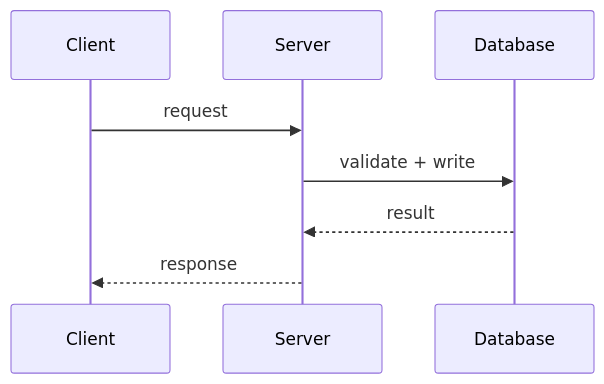
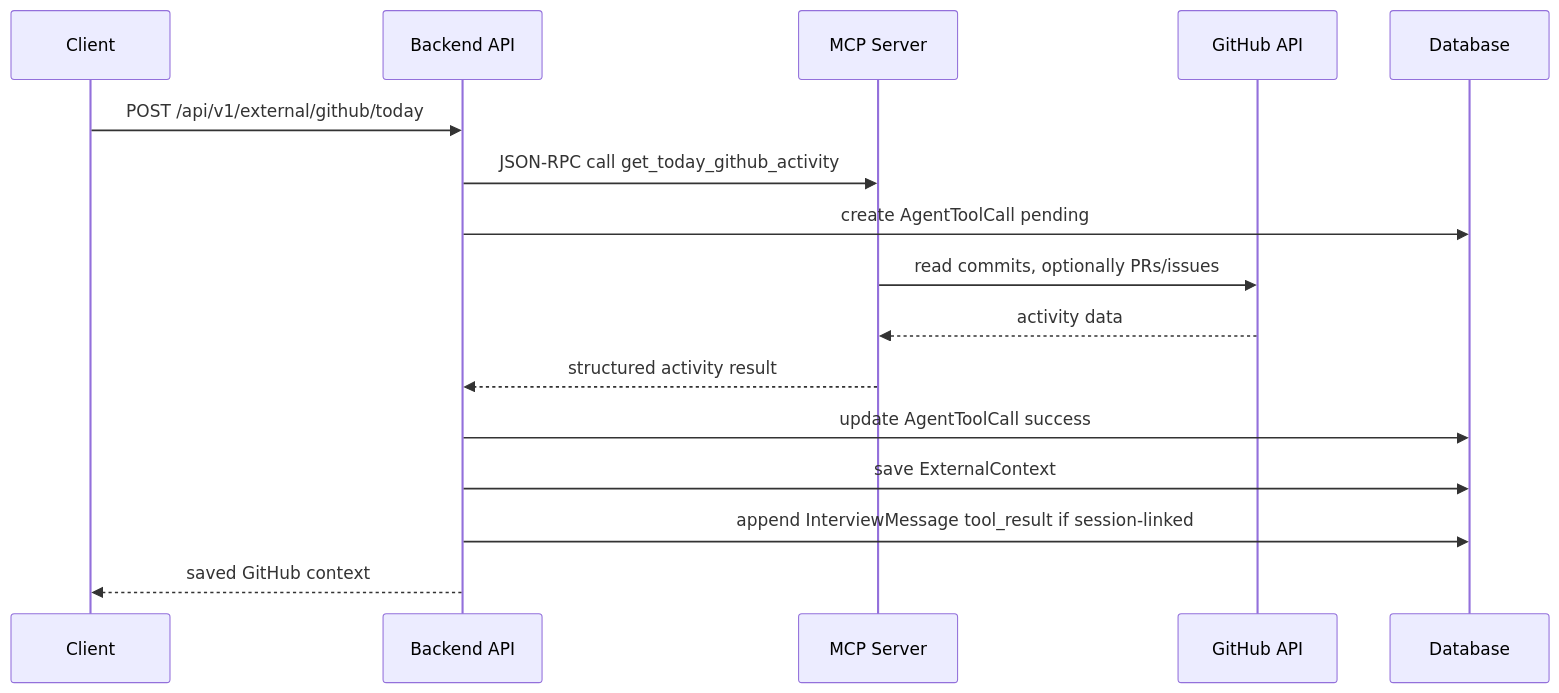
The fifth of 5 diagrams in docs/02-architecture.md (JUNGLE-TEAM1/haegeon_name_not_fixed), drawn with Mermaid before and after one commit. The commit also changed other lines of this file and 8 other files, not shown here.

````diff
--- a/docs/02-architecture.md
+++ b/docs/02-architecture.md
@@ -99,11 +402,19 @@
 ```mermaid
 sequenceDiagram
     participant C as Client
-    participant S as Server
+    participant S as Backend API
+    participant M as MCP Server
+    participant G as GitHub API
     participant D as Database
 
-    C->>S: request
-    S->>D: validate + write
-    D-->>S: result
-    S-->>C: response
+    C->>S: POST /api/v1/external/github/today
+    S->>M: JSON-RPC call get_today_github_activity
+    S->>D: create AgentToolCall pending
+    M->>G: read commits, optionally PRs/issues
+    G-->>M: activity data
+    M-->>S: structured activity result
+    S->>D: update AgentToolCall success
+    S->>D: save ExternalContext
+    S->>D: append InterviewMessage tool_result if session-linked
+    S-->>C: saved GitHub context
 ```
````
